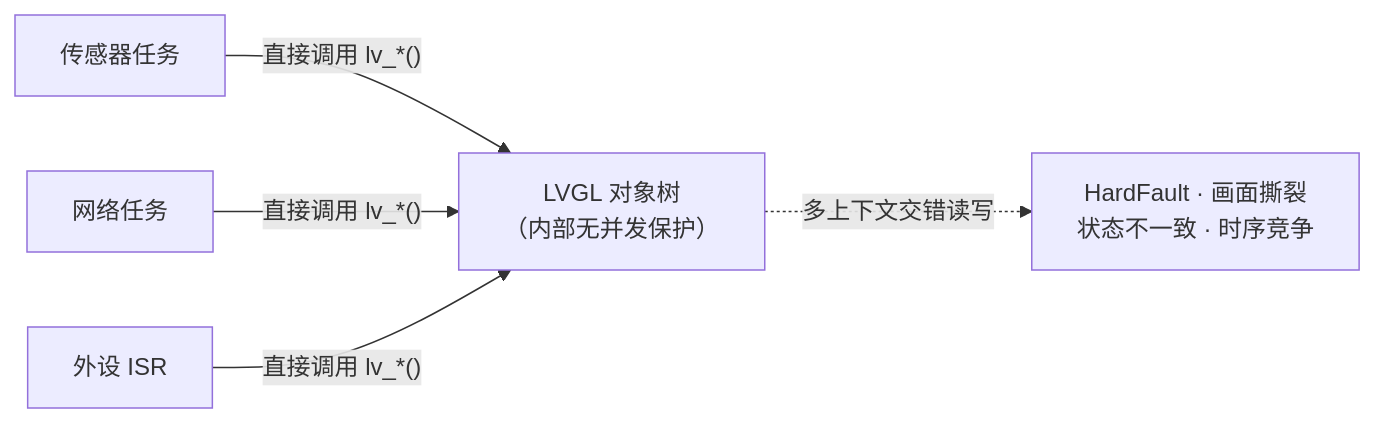
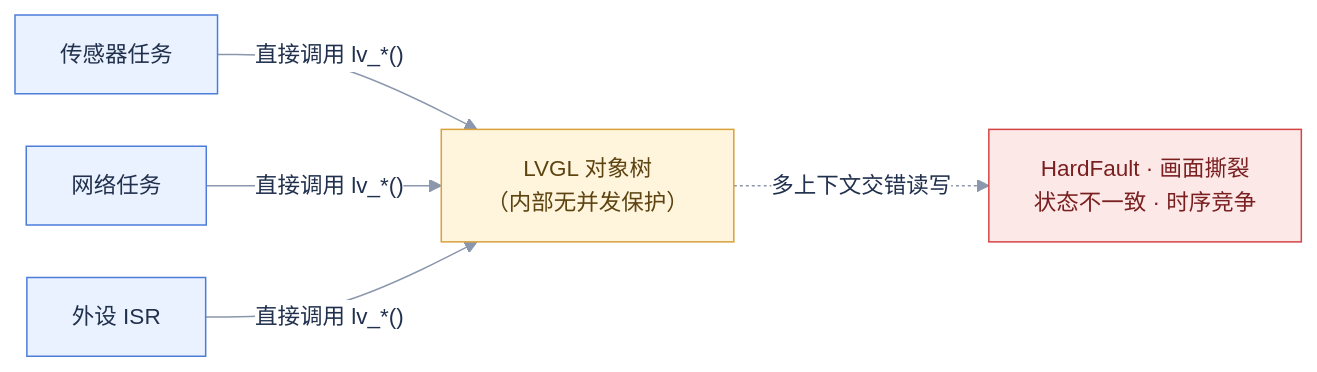
Before and after one commit to smallerxuan/mvl: the diagram in docs/assets/design_02.mmd, drawn with Mermaid. The commit also changed 16 other files, not shown here.

First line of the commit message:
docs: 全文档图统一为本地渲染 PNG 并套用新主题

```diff
--- a/docs/assets/design_02.mmd
+++ b/docs/assets/design_02.mmd
@@ -1,5 +1,13 @@
+%%{init: {"theme":"base","flowchart":{"curve":"basis","nodeSpacing":35,"rankSpacing":50},"themeVariables":{"fontSize":"15px","primaryColor":"#EAF2FF","primaryBorderColor":"#4C7DD9","primaryTextColor":"#20304D","lineColor":"#8A97AD","clusterBkg":"#F5F8FF","clusterBorder":"#C9DBF7","edgeLabelBackground":"#FFFFFF"}}}%%
 flowchart LR
     A["传感器任务"] -->|"直接调用 lv_*()"| X["LVGL 对象树<br>（内部无并发保护）"]
     B["网络任务"] -->|"直接调用 lv_*()"| X
     C["外设 ISR"] -->|"直接调用 lv_*()"| X
     X -.->|"多上下文交错读写"| D["HardFault · 画面撕裂<br>状态不一致 · 时序竞争"]
+
+    classDef lvgl fill:#E6F6EC,stroke:#3FA66A,color:#1D4D33;
+    classDef store fill:#FFF4DC,stroke:#D9A13B,color:#5C4310;
+    classDef bus fill:#EFE8FF,stroke:#7A5CD6,color:#3D2E73;
+    classDef danger fill:#FDE8E8,stroke:#D64545,color:#7A1F1F;
+    class X store;
+    class D danger;
```
